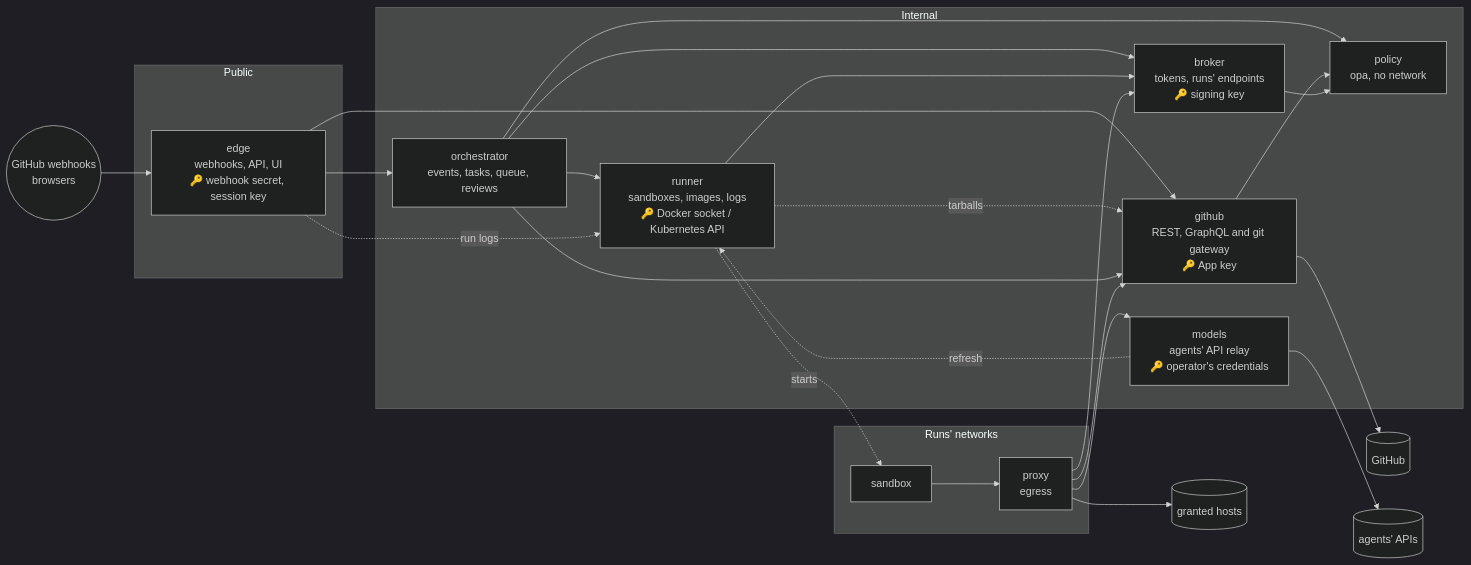
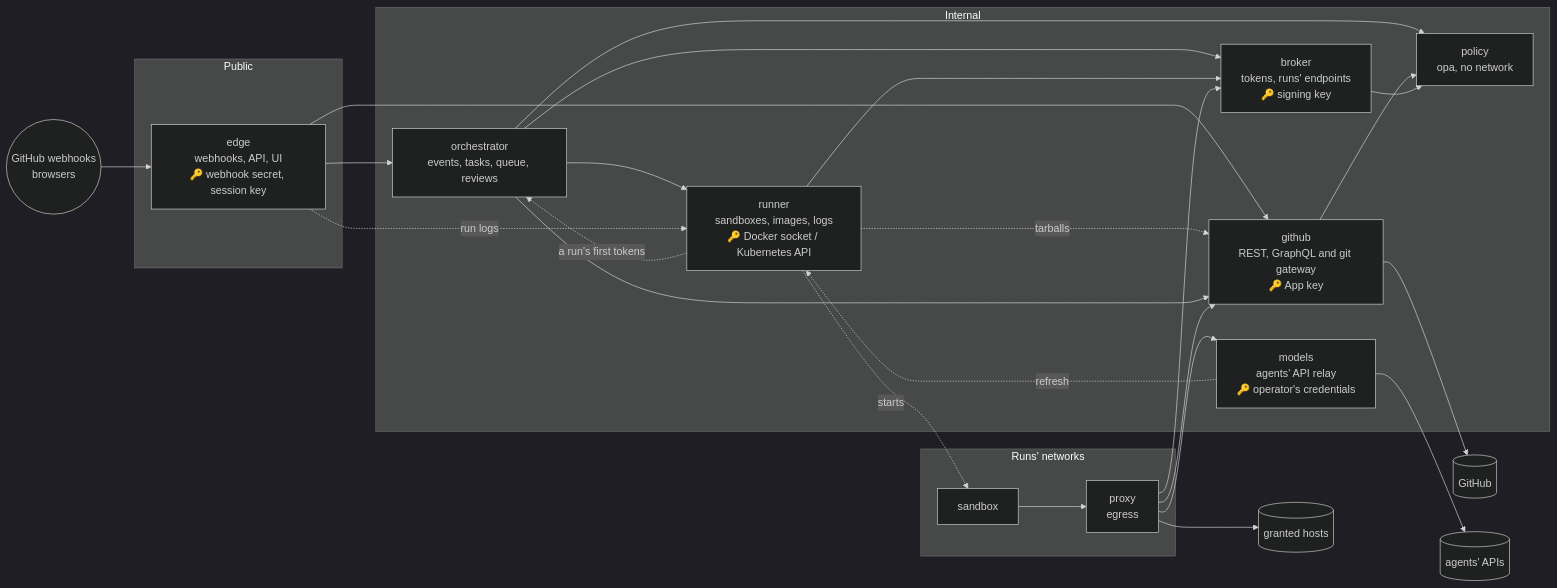
Before and after one commit to BryanSmee/deckhand: the diagram in docs/services.md, drawn with Mermaid (dark theme). The commit also changed other lines of this file and 80 other files, not shown here.

````diff
--- a/docs/services.md
+++ b/docs/services.md
@@ -12,47 +13,48 @@
 ```mermaid
 flowchart LR
   web(("GitHub webhooks<br/>browsers"))
   gh[("GitHub")]
   ai[("agents' APIs")]
   hosts[("granted hosts")]
 
   subgraph public [Public]
     edge["edge<br/>webhooks, API, UI<br/>🔑 webhook secret, session key"]
   end
 
   subgraph internal [Internal]
     orch["orchestrator<br/>events, tasks, queue, reviews"]
     runner["runner<br/>sandboxes, images, logs<br/>🔑 Docker socket / Kubernetes API"]
     broker["broker<br/>tokens, runs' endpoints<br/>🔑 signing key"]
     github["github<br/>REST, GraphQL and git gateway<br/>🔑 App key"]
     models["models<br/>agents' API relay<br/>🔑 operator's credentials"]
     policy["policy<br/>opa, no network"]
   end
 
   subgraph runs ["Runs' networks"]
     sandbox["sandbox"]
     proxy["proxy<br/>egress"]
   end
 
   web --> edge
   edge --> orch
   edge --> github
   orch --> runner
   orch --> broker
   runner --> broker
+  runner -. a run's first tokens .-> orch
   runner -. tarballs .-> github
   edge -. run logs .-> runner
   orch --> github
   orch --> policy
   runner -. starts .-> sandbox
   sandbox --> proxy
   proxy --> github
   proxy --> models
   proxy --> broker
   proxy --> hosts
   github --> policy
   broker --> policy
   github --> gh
   models --> ai
   models -. refresh .-> runner
 ```
````
